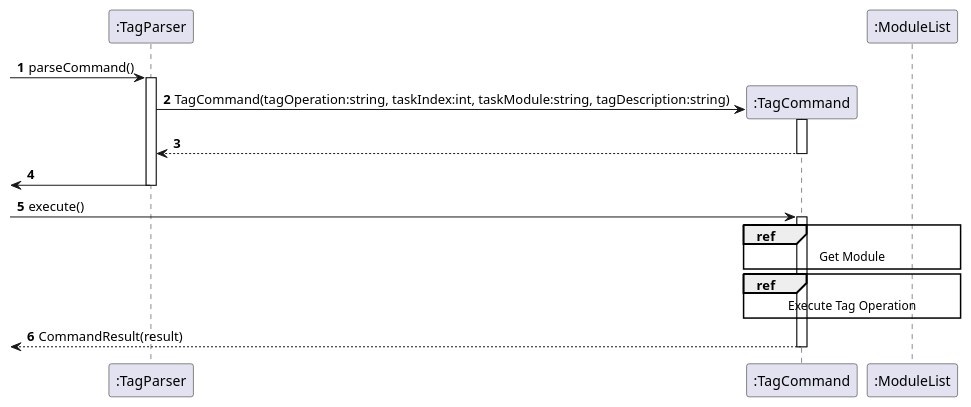
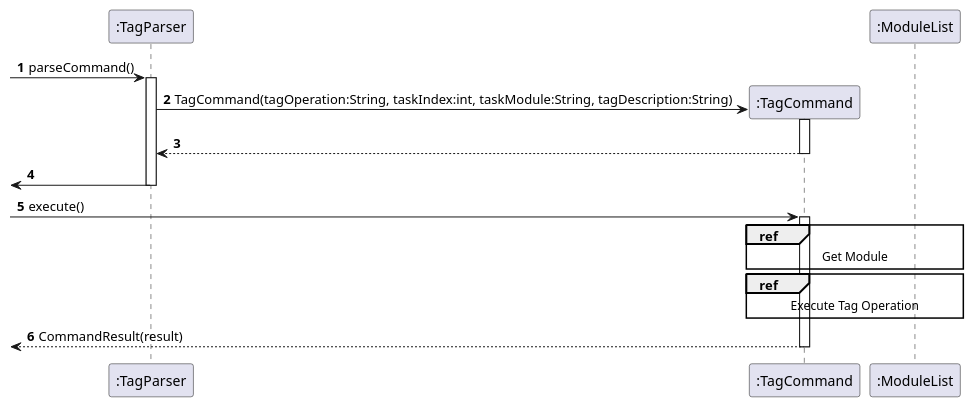
Before and after one commit to nus-cs2113-AY2122S2/tp: the diagram in docs/TagSeqDiagram/Tag.puml, drawn with PlantUML.

```diff
--- a/docs/TagSeqDiagram/Tag.puml
+++ b/docs/TagSeqDiagram/Tag.puml
@@ -1,26 +1,26 @@
 @startuml
 'https://plantuml.com/sequence-diagram
 
 autonumber
 skinparam shadowing false
 participant ":TagParser" as TagParser
 participant ":TagCommand" as TagCommand
 participant ":ModuleList" as ModuleList
 
 [->TagParser:parseCommand()
 create TagCommand
 activate TagParser
-TagParser -> TagCommand: TagCommand(tagOperation:string, taskIndex:int, taskModule:string, tagDescription:string)
+TagParser -> TagCommand: TagCommand(tagOperation:String, taskIndex:int, taskModule:String, tagDescription:String)
 activate TagCommand
 return
 [<- TagParser
 deactivate TagParser
 
 [->TagCommand:execute()
 activate TagCommand
 
 ref over TagCommand, ModuleList: Get Module
 
 ref over TagCommand, ModuleList: Execute Tag Operation
 return CommandResult(result)
 @enduml
```
